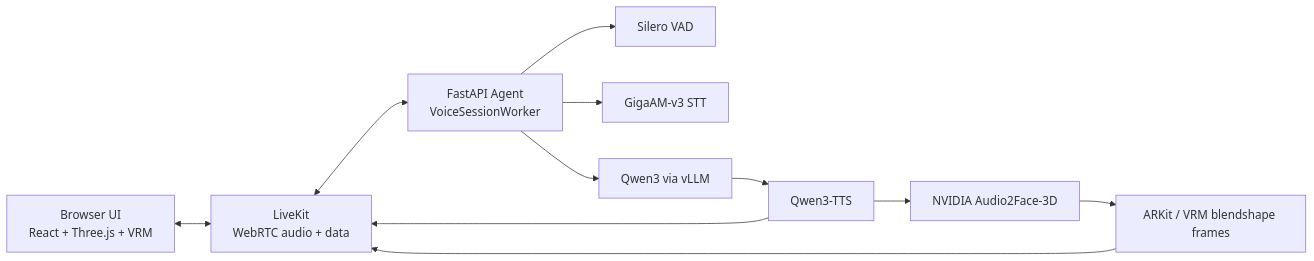
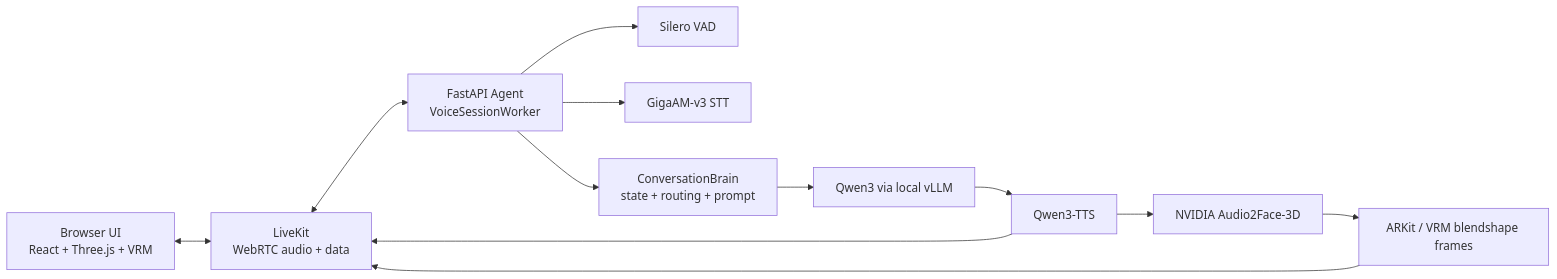
One commit to ykshv/rula changed the diagram in README.md. Above: the diagram before and after it, drawn with Mermaid. The commit also changed other lines of this file and 10 other files, not shown here.

````diff
--- a/README.md
+++ b/README.md
@@ -46,13 +61,14 @@
 ```mermaid
 flowchart LR
   Browser["Browser UI<br/>React + Three.js + VRM"] <--> LiveKit["LiveKit<br/>WebRTC audio + data"]
   LiveKit <--> Agent["FastAPI Agent<br/>VoiceSessionWorker"]
   Agent --> VAD["Silero VAD"]
   Agent --> STT["GigaAM-v3 STT"]
-  Agent --> LLM["Qwen3 via vLLM"]
+  Agent --> Brain["ConversationBrain<br/>state + routing + prompt"]
+  Brain --> LLM["Qwen3 via local vLLM"]
   LLM --> TTS["Qwen3-TTS"]
   TTS --> A2F["NVIDIA Audio2Face-3D"]
-  A2F --> Blendshapes["ARKit / VRM blendshape frames"]
-  Blendshapes --> LiveKit
+  A2F --> Face["ARKit / VRM blendshape frames"]
+  Face --> LiveKit
   TTS --> LiveKit
 ```
````
